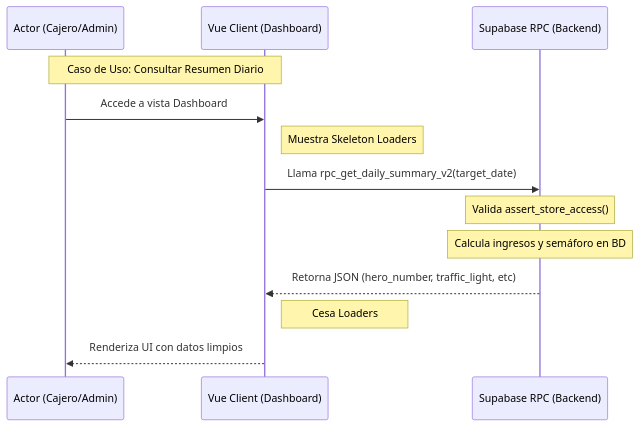
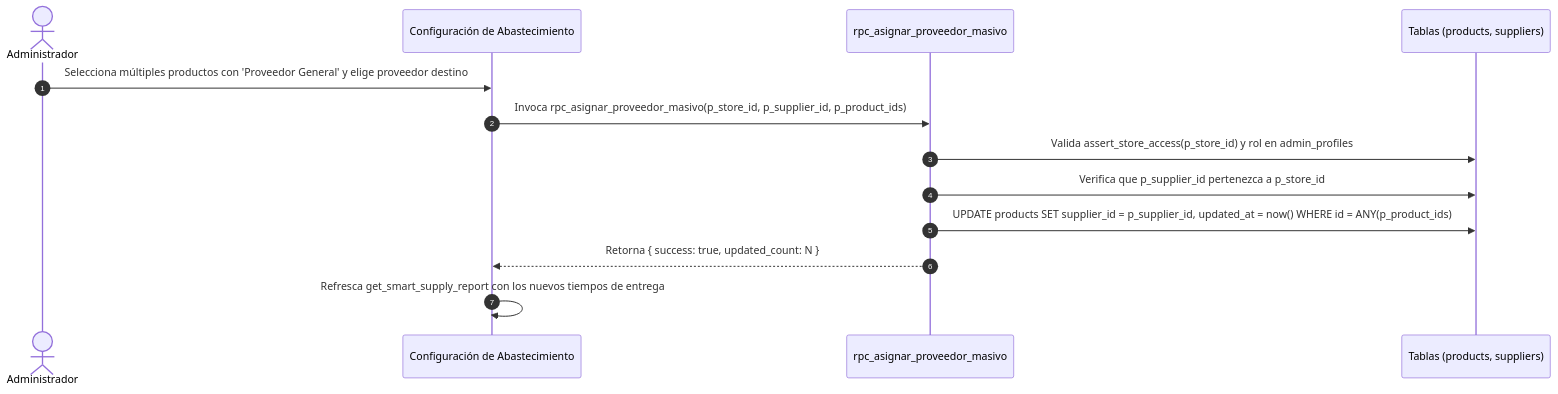
Before and after one commit to YamirJCF/tienda-barrio-pro: the second of 4 diagrams in documentation/01_requirements/SDD/SDD_008_REPORTES.md, drawn with Mermaid. The commit also changed other lines of this file and 128 other files, not shown here.

````diff
--- a/documentation/01_requirements/SDD/SDD_008_REPORTES.md
+++ b/documentation/01_requirements/SDD/SDD_008_REPORTES.md
@@ -21,16 +88,16 @@
 ```mermaid
 sequenceDiagram
-    participant U as Actor (Cajero/Admin)
-    participant UI as Vue Client (Dashboard)
-    participant DB as Supabase RPC (Backend)
+    autonumber
+    actor Admin as Administrador
+    participant UI as Configuración de Abastecimiento
+    participant RPC as rpc_asignar_proveedor_masivo
+    participant DB as Tablas (products, suppliers)
 
-    Note over U, UI: Caso de Uso: Consultar Resumen Diario
-    U->>UI: Accede a vista Dashboard
-    Note right of UI: Muestra Skeleton Loaders
-    UI->>DB: Llama rpc_get_daily_summary_v2(target_date)
-    Note over DB: Valida assert_store_access()
-    Note over DB: Calcula ingresos y semáforo en BD
-    DB-->>UI: Retorna JSON (hero_number, traffic_light, etc)
-    Note right of UI: Cesa Loaders
-    UI-->>U: Renderiza UI con datos limpios
+    Admin->>UI: Selecciona múltiples productos con 'Proveedor General' y elige proveedor destino
+    UI->>RPC: Invoca rpc_asignar_proveedor_masivo(p_store_id, p_supplier_id, p_product_ids)
+    RPC->>DB: Valida assert_store_access(p_store_id) y rol en admin_profiles
+    RPC->>DB: Verifica que p_supplier_id pertenezca a p_store_id
+    RPC->>DB: UPDATE products SET supplier_id = p_supplier_id, updated_at = now() WHERE id = ANY(p_product_ids)
+    RPC-->>UI: Retorna { success: true, updated_count: N }
+    UI->>UI: Refresca get_smart_supply_report con los nuevos tiempos de entrega
 ```
````
